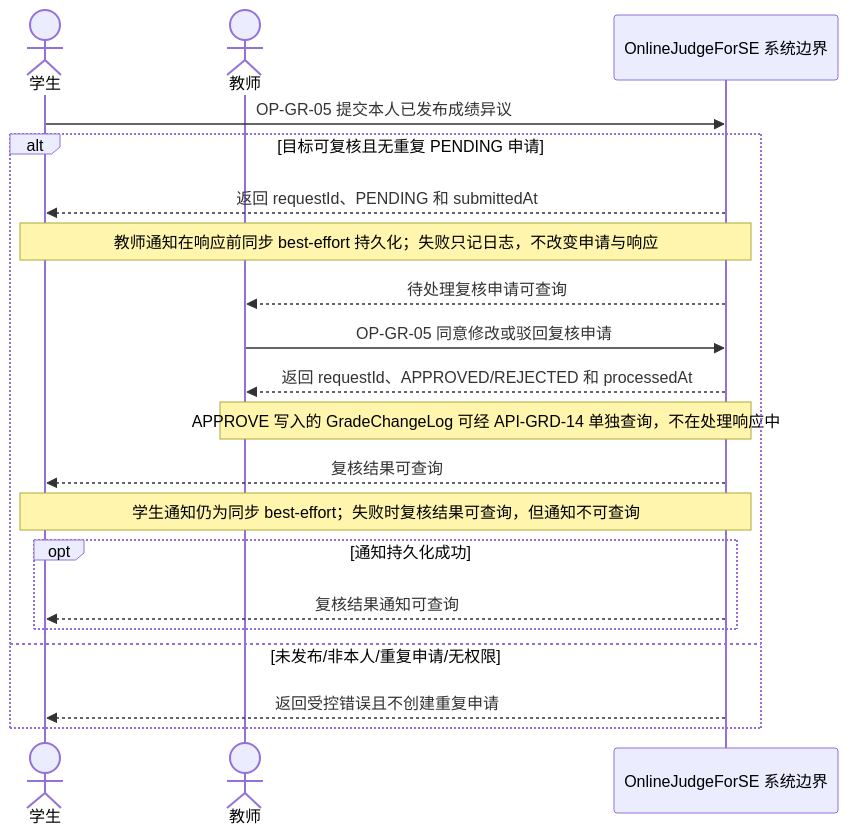
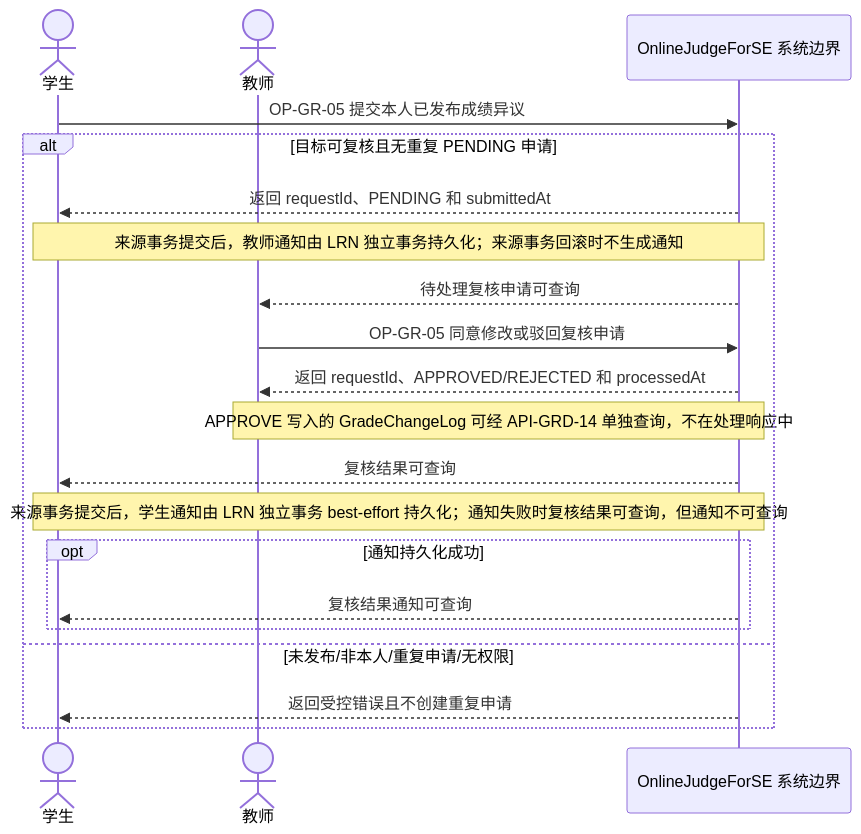
The diagram in docs/diagrams/srs/fig_4_58_grade_review_ssd.mmd (Cr4zyorange/OnlineJudge), drawn with Mermaid before and after one commit. The commit also changed 13 other files, not shown here.

```diff
--- a/docs/diagrams/srs/fig_4_58_grade_review_ssd.mmd
+++ b/docs/diagrams/srs/fig_4_58_grade_review_ssd.mmd
@@ -1,20 +1,20 @@
 sequenceDiagram
   actor Student as 学生
   actor Teacher as 教师
   participant System as OnlineJudgeForSE 系统边界
   Student->>System: OP-GR-05 提交本人已发布成绩异议
   alt 目标可复核且无重复 PENDING 申请
     System-->>Student: 返回 requestId、PENDING 和 submittedAt
-    Note over Student,System: 教师通知在响应前同步 best-effort 持久化；失败只记日志，不改变申请与响应
+    Note over Student,System: 来源事务提交后，教师通知由 LRN 独立事务持久化；来源事务回滚时不生成通知
     System-->>Teacher: 待处理复核申请可查询
     Teacher->>System: OP-GR-05 同意修改或驳回复核申请
     System-->>Teacher: 返回 requestId、APPROVED/REJECTED 和 processedAt
     Note over Teacher,System: APPROVE 写入的 GradeChangeLog 可经 API-GRD-14 单独查询，不在处理响应中
     System-->>Student: 复核结果可查询
-    Note over Student,System: 学生通知仍为同步 best-effort；失败时复核结果可查询，但通知不可查询
+    Note over Student,System: 来源事务提交后，学生通知由 LRN 独立事务 best-effort 持久化；通知失败时复核结果可查询，但通知不可查询
     opt 通知持久化成功
       System-->>Student: 复核结果通知可查询
     end
   else 未发布/非本人/重复申请/无权限
     System-->>Student: 返回受控错误且不创建重复申请
   end
```
